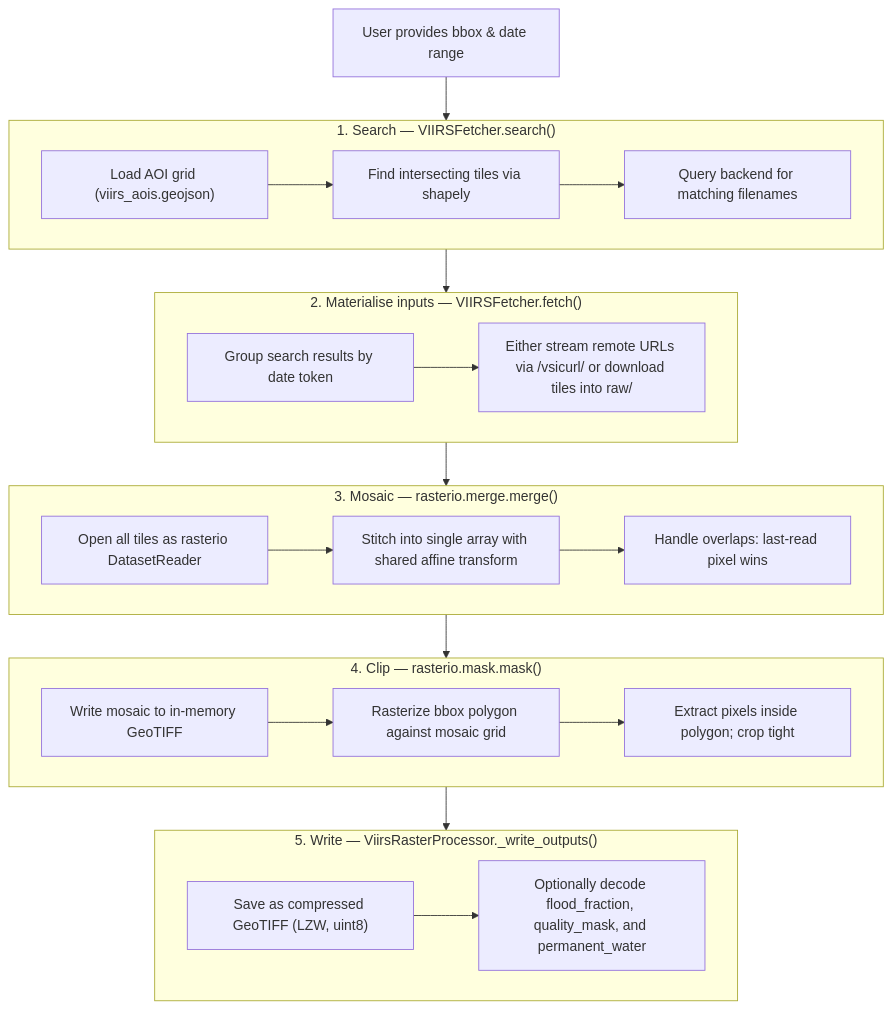
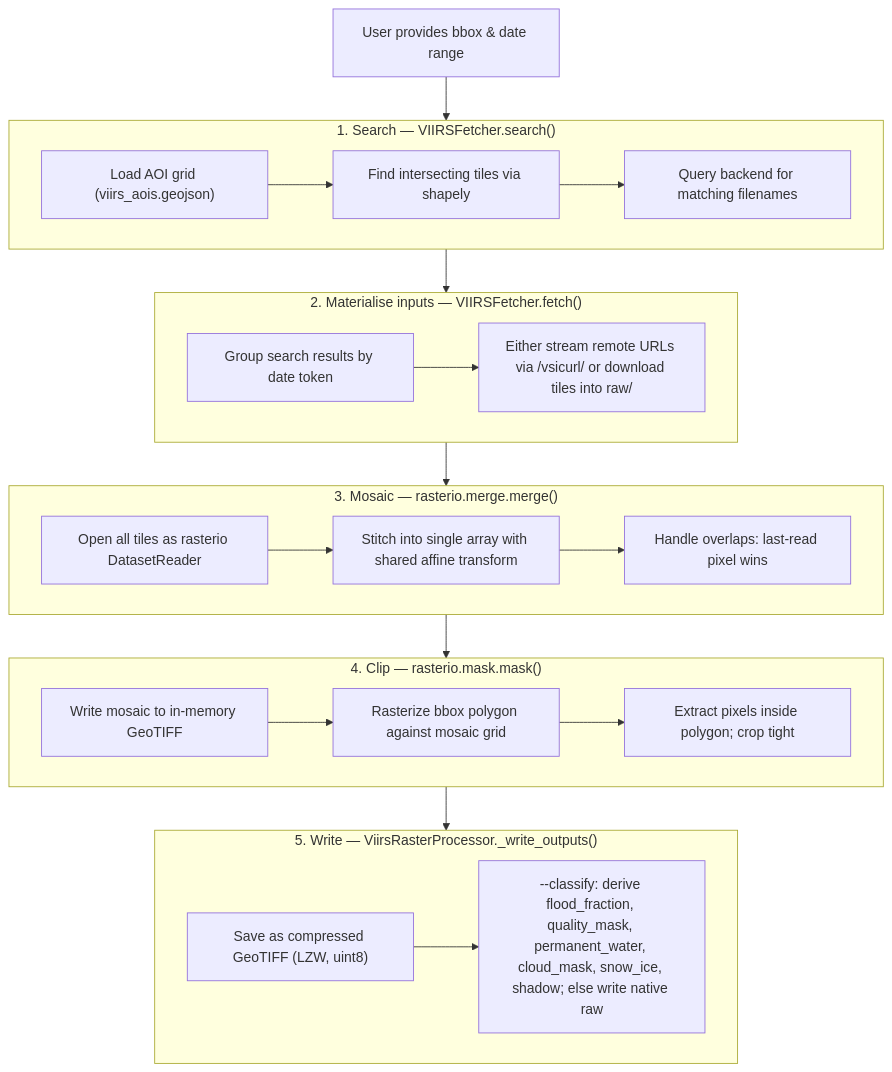
The diagram in docs/viirs/internals.md (opageo/atlantis), drawn with Mermaid before and after one commit. The commit also changed other lines of this file and 15 other files, not shown here.

````diff
--- a/docs/viirs/internals.md
+++ b/docs/viirs/internals.md
@@ -36,36 +36,36 @@
 ```mermaid
 flowchart TD
     A["User provides bbox & date range"] --> B
     subgraph B["1. Search — VIIRSFetcher.search()"]
         B1["Load AOI grid (viirs_aois.geojson)"]
         B2["Find intersecting tiles via shapely"]
         B3["Query backend for matching filenames"]
         B1 --> B2 --> B3
     end
     B --> C
     subgraph C["2. Materialise inputs — VIIRSFetcher.fetch()"]
         C1["Group search results by date token"]
         C2["Either stream remote URLs via /vsicurl/ or download tiles into raw/"]
         C1 --> C2
     end
     C --> D
     subgraph D["3. Mosaic — rasterio.merge.merge()"]
         D1["Open all tiles as rasterio DatasetReader"]
         D2["Stitch into single array with shared affine transform"]
         D3["Handle overlaps: last-read pixel wins"]
         D1 --> D2 --> D3
     end
     D --> E
     subgraph E["4. Clip — rasterio.mask.mask()"]
         E1["Write mosaic to in-memory GeoTIFF"]
         E2["Rasterize bbox polygon against mosaic grid"]
         E3["Extract pixels inside polygon; crop tight"]
         E1 --> E2 --> E3
     end
     E --> F
     subgraph F["5. Write — ViirsRasterProcessor._write_outputs()"]
         F1["Save as compressed GeoTIFF (LZW, uint8)"]
-        F2["Optionally decode flood_fraction, quality_mask, and permanent_water"]
+        F2["--classify: derive flood_fraction, quality_mask, permanent_water, cloud_mask, snow_ice, shadow; else write native raw"]
         F1 --> F2
     end
 ```
````
